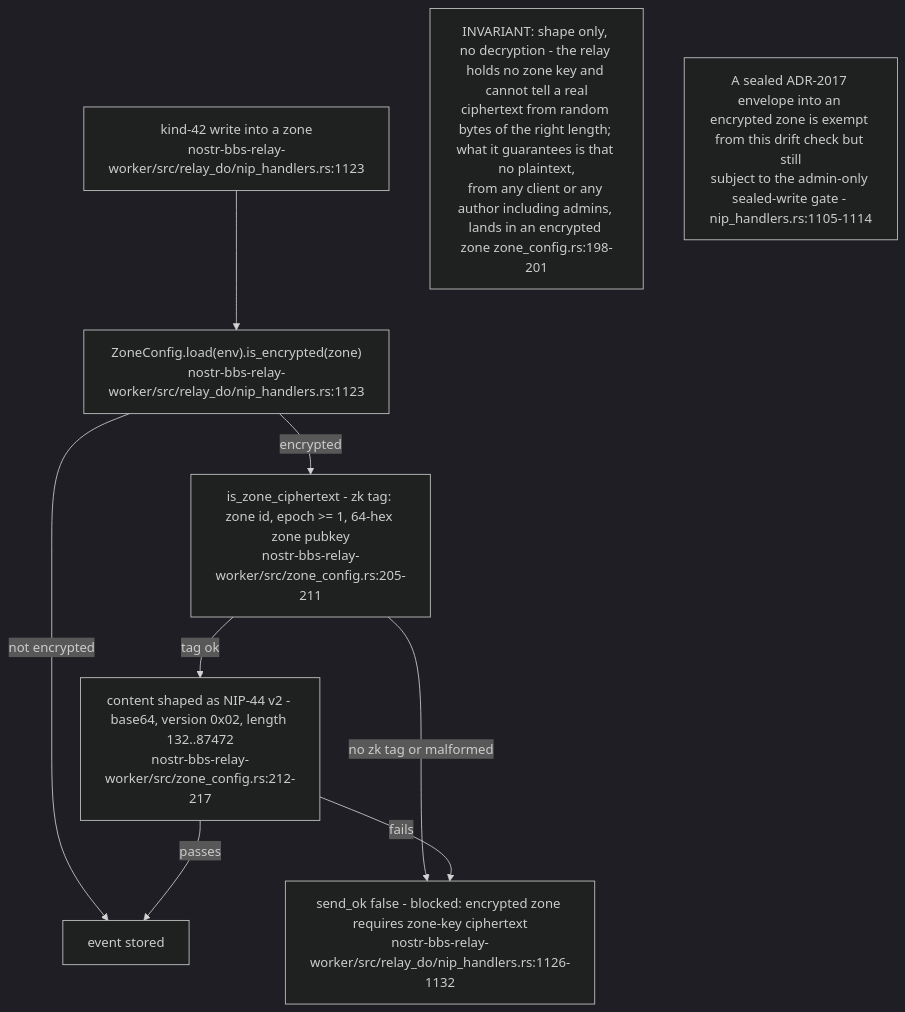
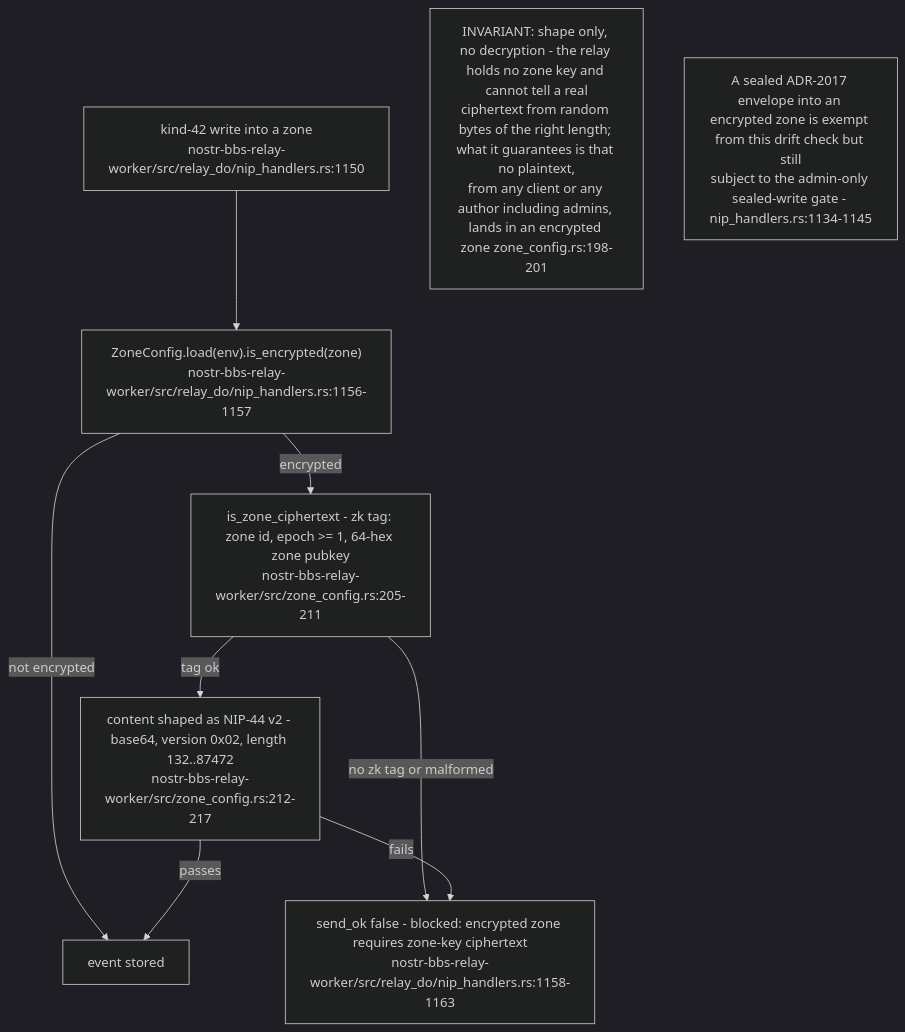
Before and after one commit to DreamLab-AI/VisionFlow: the ninth of 9 diagrams in docs/diagrams/nostr-rust-forum/08-config-zones-stores-and-admin-authority.md, drawn with Mermaid (dark theme). The commit also changed other lines of this file and 111 other files, not shown here.

Commit message:
docs(diagrams): align estate maps with current source

````diff
--- a/docs/diagrams/nostr-rust-forum/08-config-zones-stores-and-admin-authority.md
+++ b/docs/diagrams/nostr-rust-forum/08-config-zones-stores-and-admin-authority.md
@@ -275,20 +275,20 @@
 ```mermaid
 flowchart TB
-    WRITE["kind-42 write into a zone<br/>nostr-bbs-relay-worker/src/relay_do/nip_handlers.rs:1123"]
-    LOOKUP["ZoneConfig.load(env).is_encrypted(zone)<br/>nostr-bbs-relay-worker/src/relay_do/nip_handlers.rs:1123"]
+    WRITE["kind-42 write into a zone<br/>nostr-bbs-relay-worker/src/relay_do/nip_handlers.rs:1150"]
+    LOOKUP["ZoneConfig.load(env).is_encrypted(zone)<br/>nostr-bbs-relay-worker/src/relay_do/nip_handlers.rs:1156-1157"]
     TAGCHK["is_zone_ciphertext - zk tag: zone id, epoch >= 1, 64-hex zone pubkey<br/>nostr-bbs-relay-worker/src/zone_config.rs:205-211"]
     SHAPECHK["content shaped as NIP-44 v2 - base64, version 0x02, length 132..87472<br/>nostr-bbs-relay-worker/src/zone_config.rs:212-217"]
-    REJECT["send_ok false - blocked: encrypted zone requires zone-key ciphertext<br/>nostr-bbs-relay-worker/src/relay_do/nip_handlers.rs:1126-1132"]
+    REJECT["send_ok false - blocked: encrypted zone requires zone-key ciphertext<br/>nostr-bbs-relay-worker/src/relay_do/nip_handlers.rs:1158-1163"]
     ACCEPT["event stored"]
 
     WRITE --> LOOKUP
     LOOKUP -->|"encrypted"| TAGCHK
     LOOKUP -->|"not encrypted"| ACCEPT
     TAGCHK -->|"tag ok"| SHAPECHK
     TAGCHK -->|"no zk tag or malformed"| REJECT
     SHAPECHK -->|"passes"| ACCEPT
     SHAPECHK -->|"fails"| REJECT
 
     N1["INVARIANT: shape only, no decryption - the relay holds no zone key and cannot tell a real<br/>ciphertext from random bytes of the right length; what it guarantees is that no plaintext,<br/>from any client or any author including admins, lands in an encrypted zone zone_config.rs:198-201"]
-    N2["A sealed ADR-2017 envelope into an encrypted zone is exempt from this drift check but still<br/>subject to the admin-only sealed-write gate - nip_handlers.rs:1105-1114"]
+    N2["A sealed ADR-2017 envelope into an encrypted zone is exempt from this drift check but still<br/>subject to the admin-only sealed-write gate - nip_handlers.rs:1134-1145"]
 ```
````
